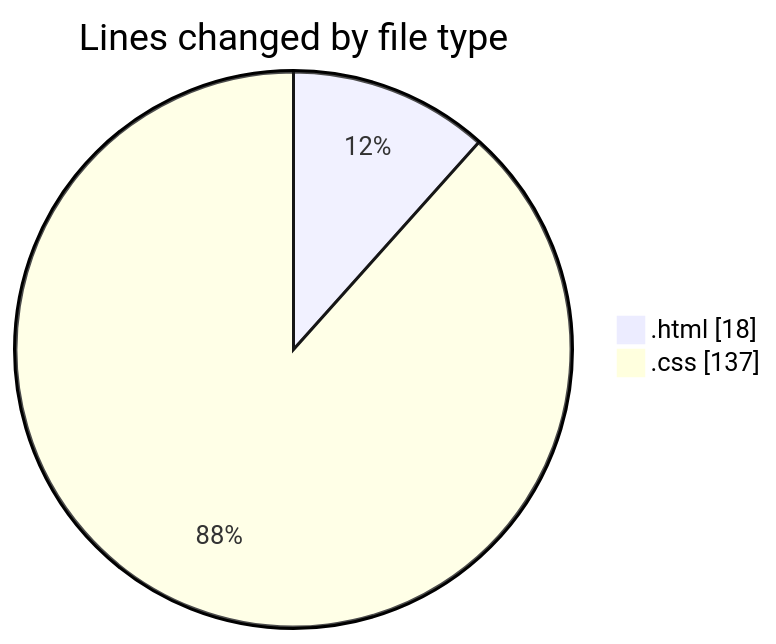
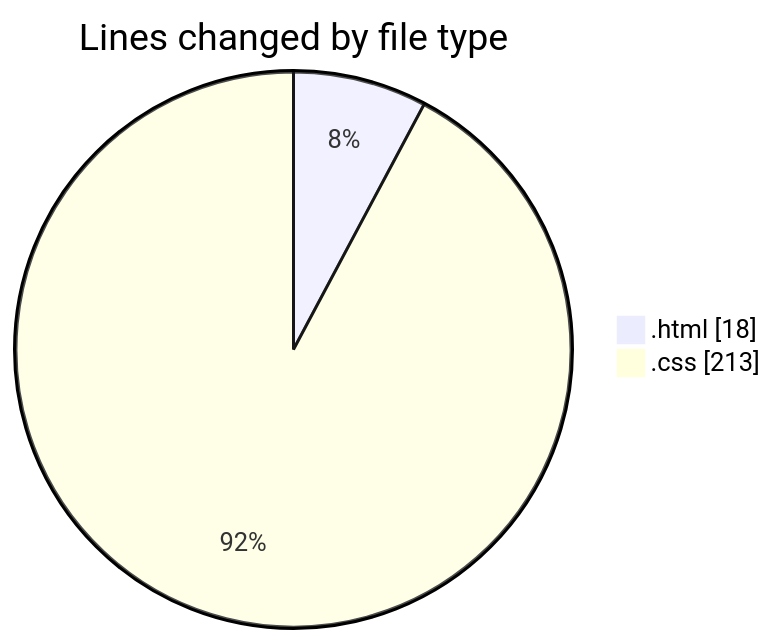
Before and after one commit to Ritupan-Deka/code-tracking: the first of 2 diagrams in 2025-05-26/projects/README.md, drawn with Mermaid. The commit also changed other lines of this file and 1 other file, not shown here.

````diff
--- a/2025-05-26/projects/README.md
+++ b/2025-05-26/projects/README.md
@@ -22,6 +22,6 @@
 ```mermaid
 pie showData
 title Lines changed by file type
 ".html" : 18
-".css" : 137
+".css" : 213
 ```
````
